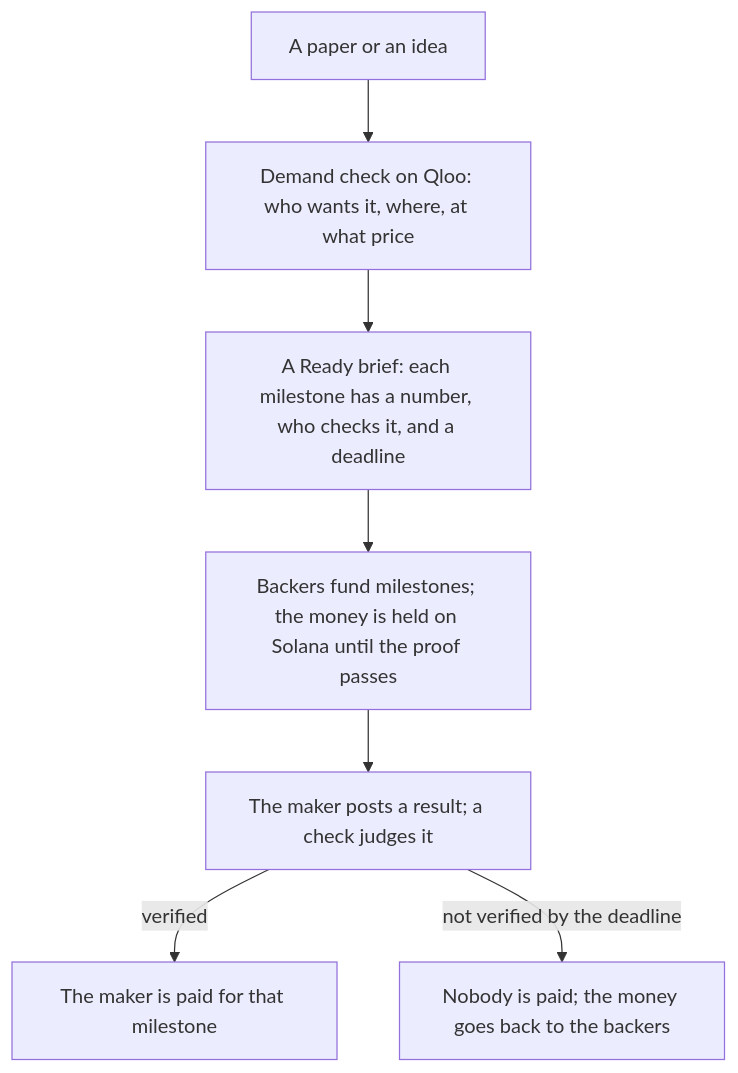
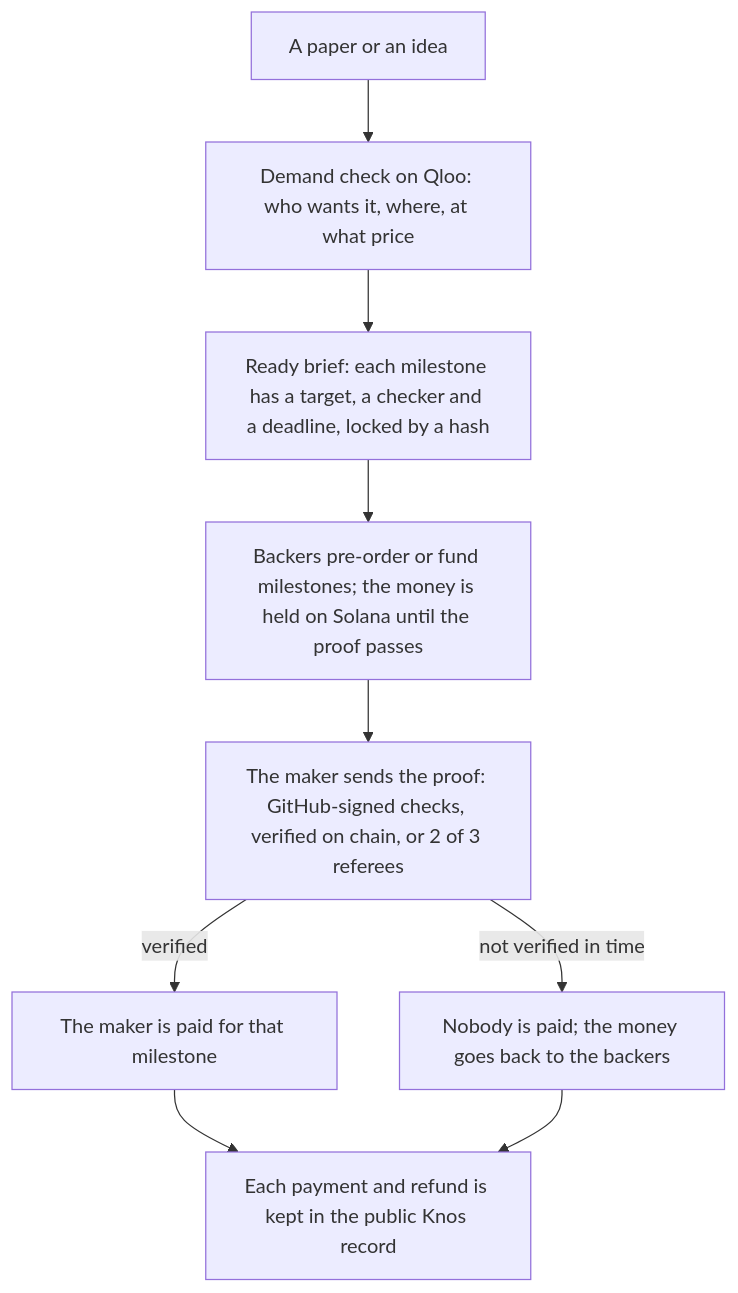
The first of 2 diagrams in README.md (Lucho-design1/Knos), drawn with Mermaid before and after one commit. The commit also changed other lines of this file and 365 other files, not shown here.

First line of the commit message:
The public docs keep what a user needs: 63 reference pages deleted or merged, the README diagrams match the product

````diff
--- a/README.md
+++ b/README.md
@@ -21,9 +21,11 @@
 ```mermaid
 flowchart TB
     idea["A paper or an idea"] --> demand["Demand check on Qloo: who wants it, where, at what price"]
-    demand --> ready["A Ready brief: each milestone has a number, who checks it, and a deadline"]
-    ready --> held["Backers fund milestones; the money is held on Solana until the proof passes"]
-    held --> proof["The maker posts a result; a check judges it"]
+    demand --> ready["Ready brief: each milestone has a target, a checker and a deadline, locked by a hash"]
+    ready --> held["Backers pre-order or fund milestones; the money is held on Solana until the proof passes"]
+    held --> proof["The maker sends the proof: GitHub-signed checks, verified on chain, or 2 of 3 referees"]
     proof -->|verified| paid["The maker is paid for that milestone"]
-    proof -->|not verified by the deadline| back["Nobody is paid; the money goes back to the backers"]
+    proof -->|not verified in time| back["Nobody is paid; the money goes back to the backers"]
+    paid --> record["Each payment and refund is kept in the public Knos record"]
+    back --> record
 ```
````
